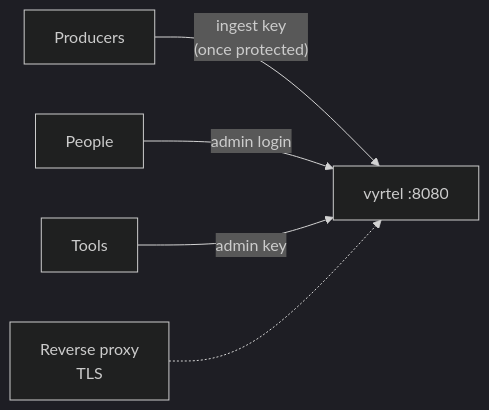
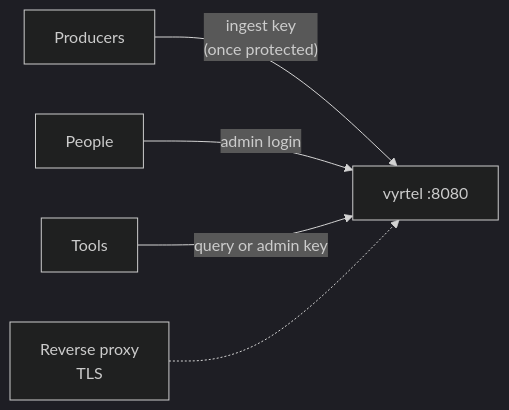
Before and after one commit to rowan-smith/Vyrtel: the diagram in docs/guide/security.md, drawn with Mermaid (dark theme). The commit also changed other lines of this file and 22 other files, not shown here.

````diff
--- a/docs/guide/security.md
+++ b/docs/guide/security.md
@@ -5,7 +5,7 @@
 ```mermaid
 flowchart LR
     P[Producers] -- "ingest key<br/>(once protected)" --> V[vyrtel :8080]
     U[People] -- "admin login" --> V
-    T[Tools] -- "admin key" --> V
+    T[Tools] -- "query or admin key" --> V
     R[Reverse proxy<br/>TLS] -.-> V
 ```
````
